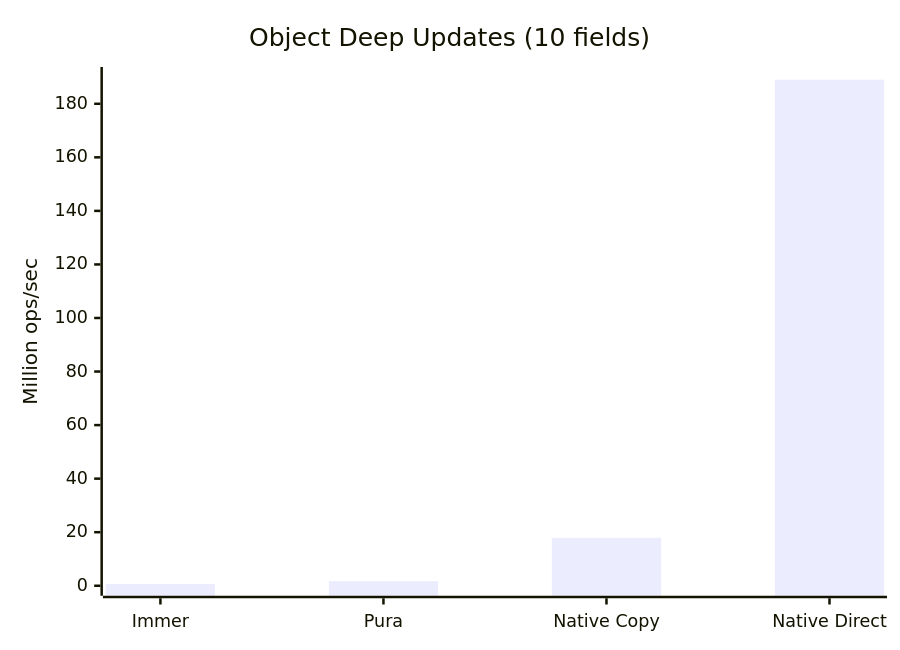
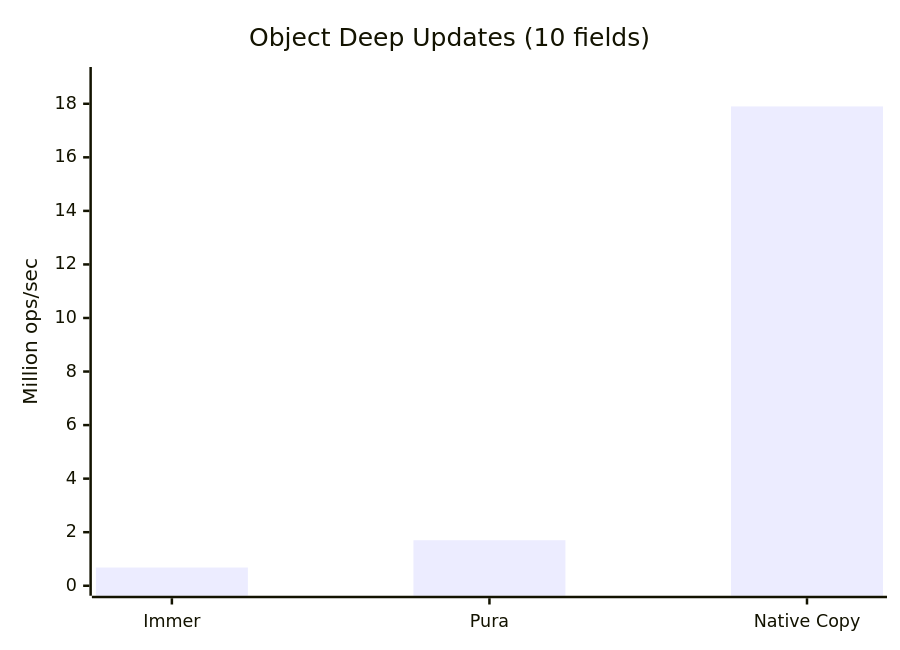
The third of 5 diagrams in README.md (SylphxAI/pura), drawn with Mermaid before and after one commit. The commit also changed other lines of this file, not shown here.

First line of the commit message:
docs(readme): remove Native Direct from charts for clarity

````diff
--- a/README.md
+++ b/README.md
@@ -273,13 +273,13 @@
 ```mermaid
 ---
 config:
   themeVariables:
     xyChart:
       backgroundColor: "transparent"
 ---
 xychart-beta
     title "Object Deep Updates (10 fields)"
-    x-axis ["Immer", "Pura", "Native Copy", "Native Direct"]
-    y-axis "Million ops/sec" 0 --> 190
-    bar [0.681, 1.70, 17.9, 189]
+    x-axis ["Immer", "Pura", "Native Copy"]
+    y-axis "Million ops/sec" 0 --> 19
+    bar [0.681, 1.70, 17.9]
 ```
````
